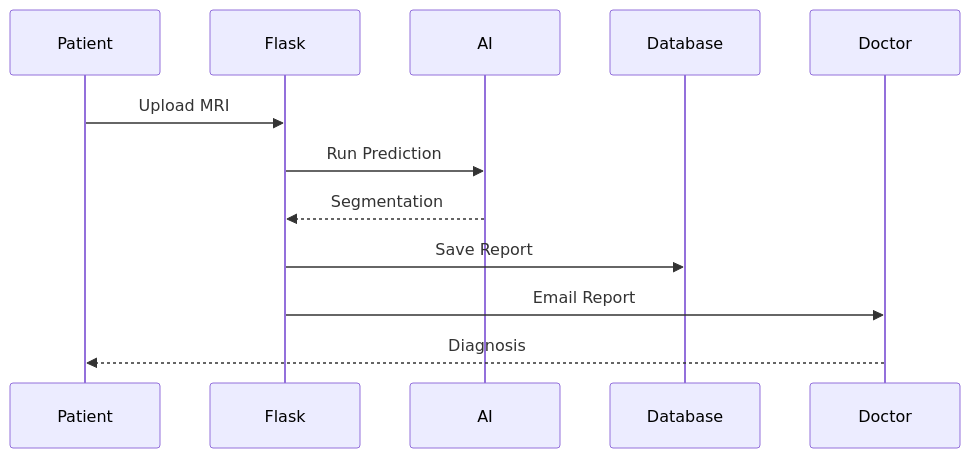
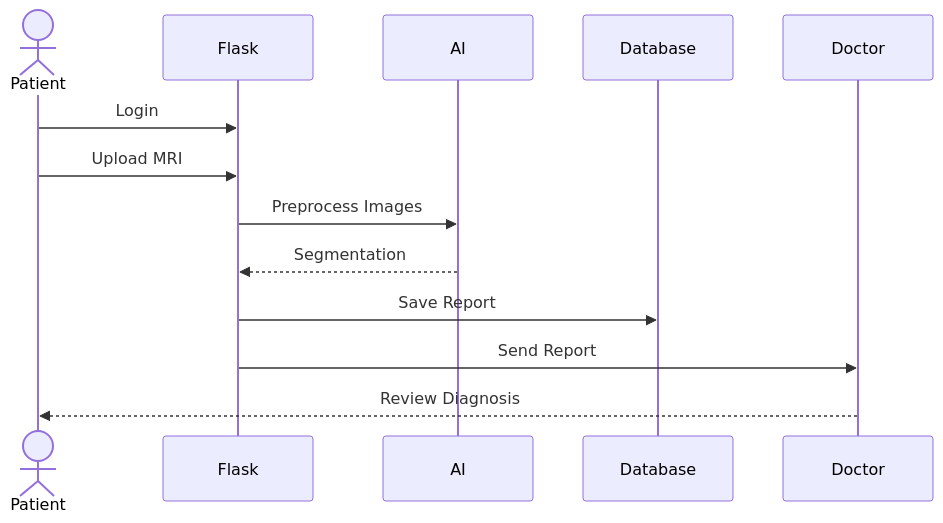
Before and after one commit to manojroyal422/BRAIN-TUMOR-SEGMENTATION-FROM-MUTLI-MODEL-MRI.: the eighth of 8 diagrams in README.md, drawn with Mermaid. The commit also changed other lines of this file, not shown here.

First line of the commit message:
Revise README for AI architecture and workflows

````diff
--- a/README.md
+++ b/README.md
@@ -544,25 +521,27 @@
 ```mermaid
 sequenceDiagram
 
-participant Patient
+actor Patient
 
 participant Flask
 
 participant AI
 
 participant Database
 
 participant Doctor
 
+Patient->>Flask: Login
+
 Patient->>Flask: Upload MRI
 
-Flask->>AI: Run Prediction
+Flask->>AI: Preprocess Images
 
 AI-->>Flask: Segmentation
 
 Flask->>Database: Save Report
 
-Flask->>Doctor: Email Report
+Flask->>Doctor: Send Report
 
-Doctor-->>Patient: Diagnosis
+Doctor-->>Patient: Review Diagnosis
 ```
````
